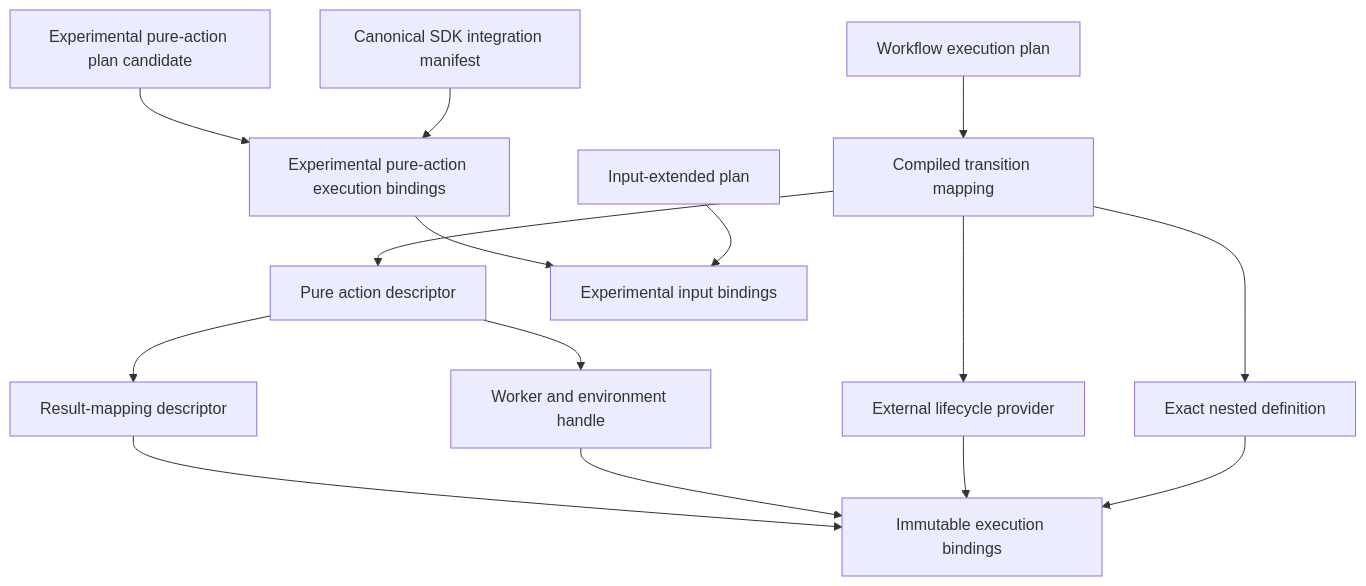
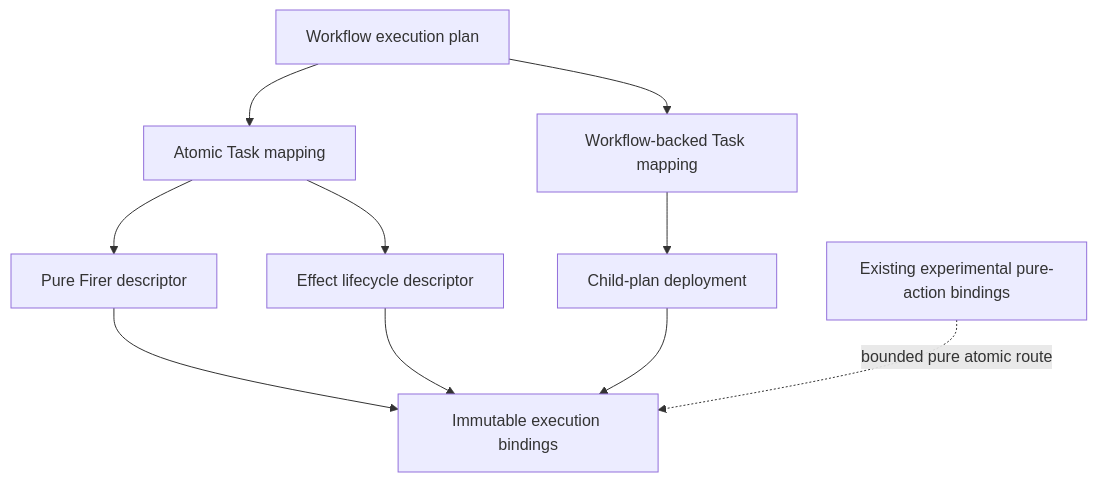
The diagram in docs/architecture/projectkoios/workflow/compilation/bindings/WorkflowExecutionBindings/schematic.md (eragasa/projectkoios-workflow), drawn with Mermaid before and after one commit. The commit also changed other lines of this file and 59 other files, not shown here.

First line of the commit message:
docs: define task workflow architecture iteration 2

````diff
--- a/docs/architecture/projectkoios/workflow/compilation/bindings/WorkflowExecutionBindings/schematic.md
+++ b/docs/architecture/projectkoios/workflow/compilation/bindings/WorkflowExecutionBindings/schematic.md
@@ -5,31 +5,21 @@
 ```mermaid
 flowchart TD
     P[Workflow execution plan]
-    T[Compiled transition mapping]
-    A[Pure action descriptor]
-    M[Result-mapping descriptor]
-    W[Worker and environment handle]
-    E[External lifecycle provider]
-    N[Exact nested definition]
+    AT[Atomic Task mapping]
+    WT[Workflow-backed Task mapping]
+    PF[Pure Firer descriptor]
+    EF[Effect lifecycle descriptor]
+    CD[Child-plan deployment]
     B[Immutable execution bindings]
-    X[Experimental pure-action plan candidate]
-    I[Canonical SDK integration manifest]
-    Y[Experimental pure-action execution bindings]
-    S[Input-extended plan]
-    Z[Experimental input bindings]
+    X[Existing experimental pure-action bindings]
 
-    P --> T
-    T --> A
-    A --> M
-    A --> W
-    T --> E
-    T --> N
-    M --> B
-    W --> B
-    E --> B
-    N --> B
-    X --> Y
-    I --> Y
-    Y --> Z
-    S --> Z
+    P --> AT
+    P --> WT
+    AT --> PF
+    AT --> EF
+    WT --> CD
+    PF --> B
+    EF --> B
+    CD --> B
+    X -. bounded pure atomic route .-> B
 ```
````
